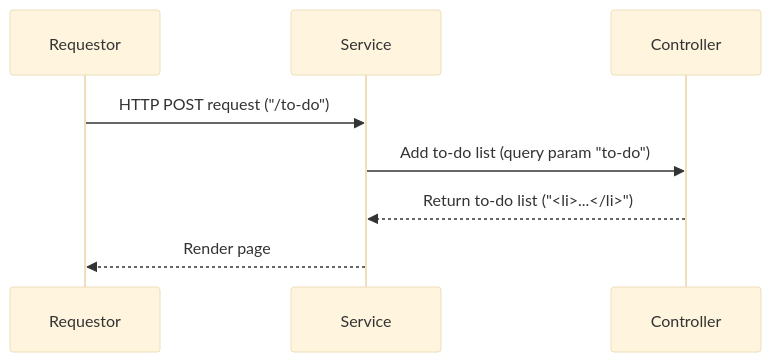
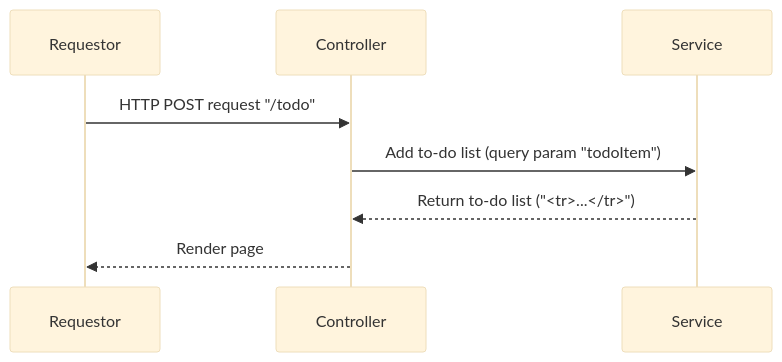
One commit to murtidaryandono/example-web-basic changed the third of 5 diagrams in readme.md. Above: the diagram before and after it, drawn with Mermaid (base theme). The commit also changed other lines of this file and 9 other files, not shown here.

Commit message:
Skeleton for Model dan Service for to-do list

````diff
--- a/readme.md
+++ b/readme.md
@@ -123,10 +131,10 @@
      ```mermaid
      sequenceDiagram
      participant Requestor
+     participant Controller
      participant Service
-     participant Controller
-     Requestor ->> Service : HTTP POST request ("/to-do")
-     Service ->> Controller : Add to-do list (query param "to-do")
-     Controller -->> Service : Return to-do list ("<li>...</li>")
-     Service -->> Requestor : Render page
+     Requestor ->> Controller : HTTP POST request "/todo"
+     Controller ->> Service : Add to-do list (query param "todoItem")
+     Service -->> Controller : Return to-do list ("<tr>...</tr>")
+     Controller -->> Requestor : Render page
      ```
````
